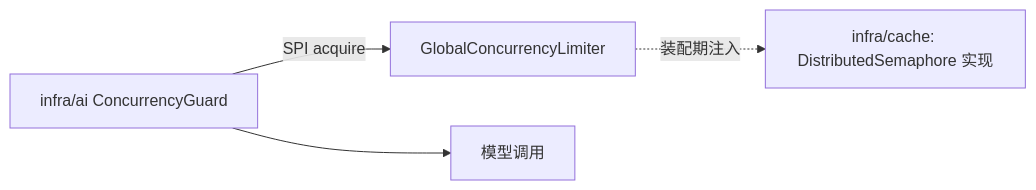
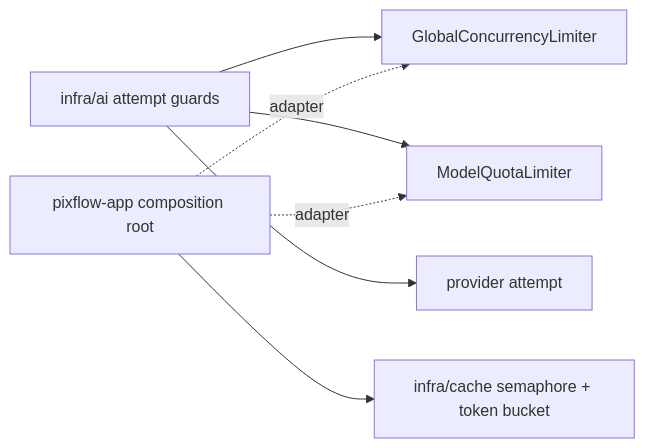
The second of 2 diagrams in docs/design-docs/infra/ai.md (EtherealStar/PixFlow), drawn with Mermaid before and after one commit. The commit also changed other lines of this file and 62 other files, not shown here.

Commit message:
docs: align architecture, ADRs, and execution plans

````diff
--- a/docs/design-docs/infra/ai.md
+++ b/docs/design-docs/infra/ai.md
@@ -390,6 +427,9 @@
 ```mermaid
 flowchart LR
-  AI["infra/ai ConcurrencyGuard"] -->|SPI acquire| Limiter["GlobalConcurrencyLimiter"]
-  Limiter -.装配期注入.-> Impl["infra/cache: DistributedSemaphore 实现"]
-  AI --> Call["模型调用"]
+  AI["infra/ai attempt guards"] --> Concurrency["GlobalConcurrencyLimiter"]
+  AI --> Quota["ModelQuotaLimiter"]
+  App["pixflow-app composition root"] -.adapter.-> Concurrency
+  App -.adapter.-> Quota
+  App --> Cache["infra/cache semaphore + token bucket"]
+  AI --> Call["provider attempt"]
 ```
````
